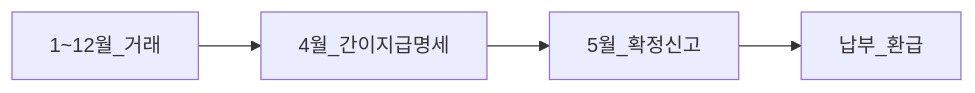
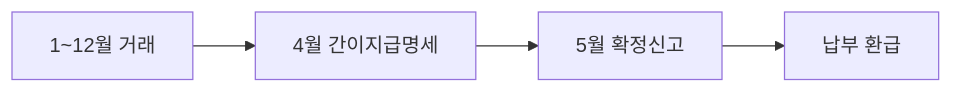
Before and after one commit to goldanghenry/Finances: the second of 2 diagrams in 06-korea-policy/tax/investment-tax-overview.md, drawn with Mermaid. The commit also changed other lines of this file and 211 other files, not shown here.

````diff
--- a/06-korea-policy/tax/investment-tax-overview.md
+++ b/06-korea-policy/tax/investment-tax-overview.md
@@ -108,6 +121,6 @@
 ```mermaid
 flowchart LR
-  Jan[1~12월_거래] --> Apr[4월_간이지급명세]
-  Apr --> May[5월_확정신고]
-  May --> Pay[납부_환급]
+  Jan["1~12월 거래"] --> Apr["4월 간이지급명세"]
+  Apr --> May["5월 확정신고"]
+  May --> Pay["납부 환급"]
 ```
````
